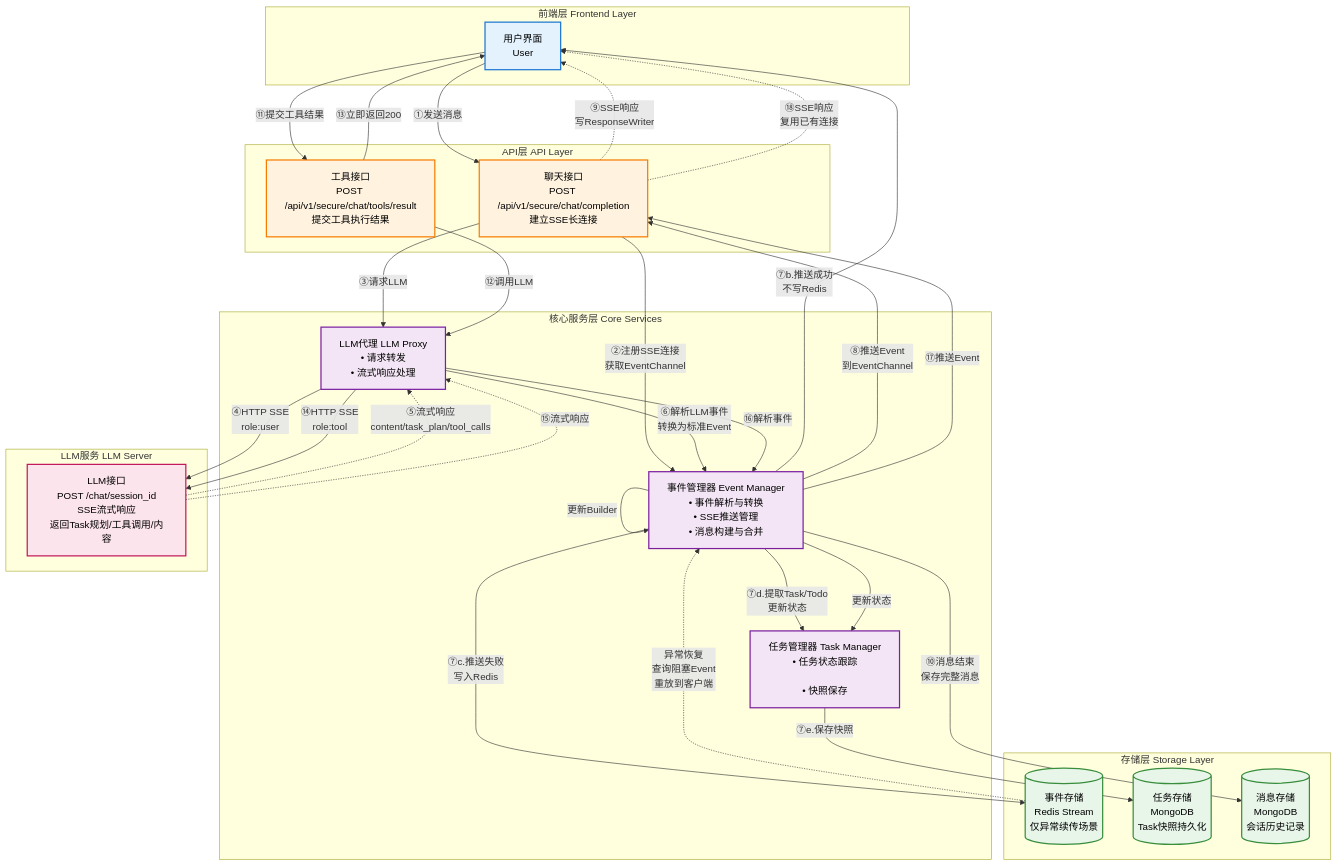
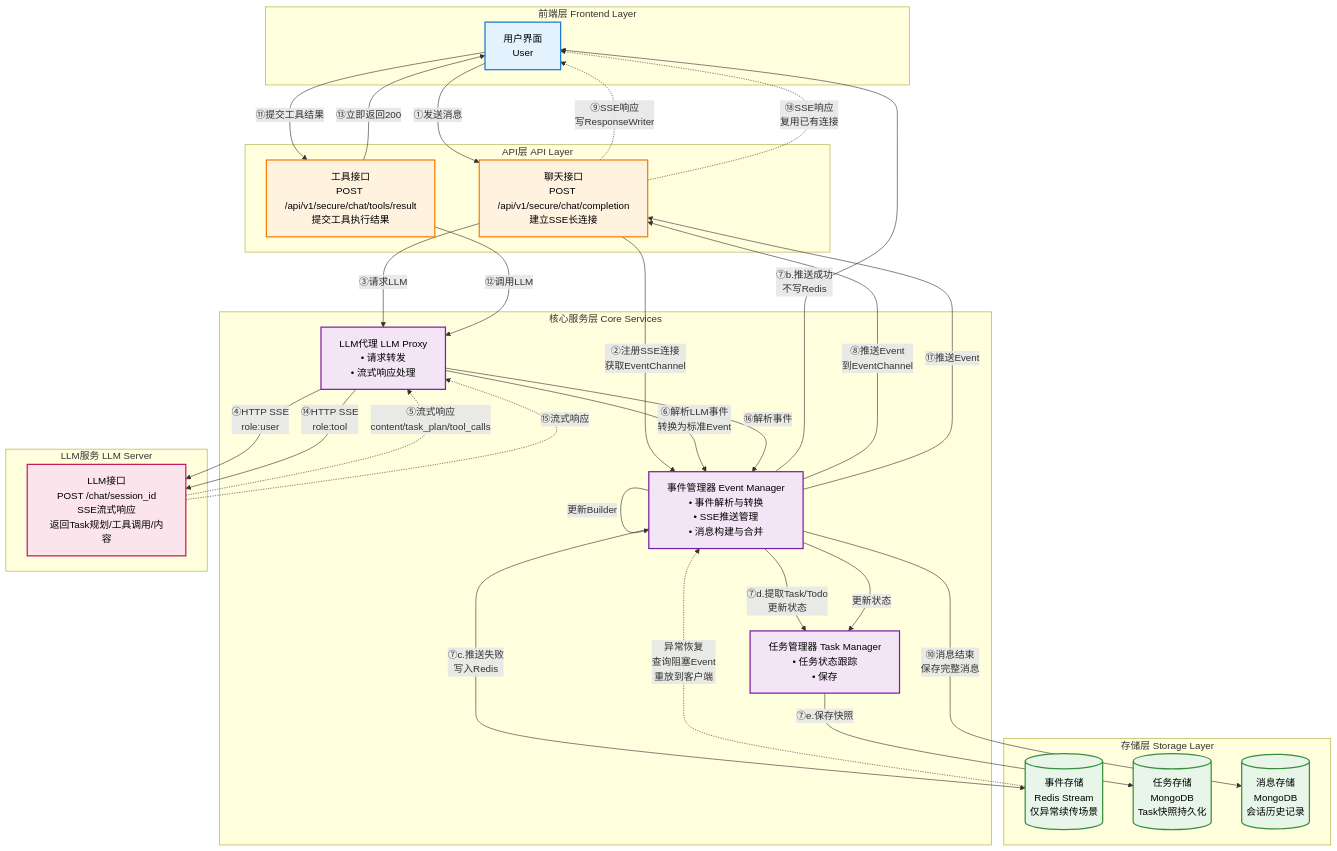
The diagram in all/未命名-10.md (yingjianzh/iodraw-files), drawn with Mermaid before and after one commit.

Commit message:
2025-12-25 14:21:25 update

````diff
--- a/all/未命名-10.md
+++ b/all/未命名-10.md
@@ -1,82 +1,82 @@
 ```mermaid
 graph TB
     %% ========== 前端层 ==========
     subgraph Frontend["前端层 Frontend Layer"]
         UI[用户界面<br/>User]
     end
     
     %% ========== API层 ==========
     subgraph APILayer["API层 API Layer"]
         ChatAPI["聊天接口<br/>POST /api/v1/secure/chat/completion<br/>建立SSE长连接"]
         ToolAPI["工具接口<br/>POST /api/v1/secure/chat/tools/result<br/>提交工具执行结果"]
     end
     
     %% ========== 核心服务层 ==========
     subgraph CoreServices["核心服务层 Core Services"]
         EventMgr["事件管理器 Event Manager<br/>• 事件解析与转换<br/>• SSE推送管理<br/>• 消息构建与合并"]
-        TaskMgr["任务管理器 Task Manager<br/>• 任务状态跟踪<br/><br/>• 快照保存"]
+        TaskMgr["任务管理器 Task Manager<br/>• 任务状态跟踪<br/>• 保存"]
         LLMProxy["LLM代理 LLM Proxy<br/>• 请求转发<br/>• 流式响应处理"]
     end
     
     %% ========== 存储层 ==========
     subgraph StorageLayer["存储层 Storage Layer"]
         EventStore[("事件存储<br/>Redis Stream<br/>仅异常续传场景")]
         TaskStore[("任务存储<br/>MongoDB<br/>Task快照持久化")]
         MessageStore[("消息存储<br/>MongoDB<br/>会话历史记录")]
     end
     
     %% ========== LLM服务 ==========
     subgraph LLMService["LLM服务 LLM Server"]
         LLMAPI["LLM接口<br/>POST /chat/session_id<br/>SSE流式响应<br/>返回Task规划/工具调用/内容"]
     end
     
     %% ========== 主流程：用户消息 ==========
     UI -->|"①发送消息"| ChatAPI
     ChatAPI -->|"②注册SSE连接<br/>获取EventChannel"| EventMgr
     ChatAPI -->|"③请求LLM"| LLMProxy
     
     LLMProxy -->|"④HTTP SSE<br/>role:user"| LLMAPI
     LLMAPI -.->|"⑤流式响应<br/>content/task_plan/tool_calls"| LLMProxy
     
     LLMProxy -->|"⑥解析LLM事件<br/>转换为标准Event"| EventMgr
     
     EventMgr -->|"⑦a.更新MessageBuilder<br/>边推送边合并"| EventMgr
     EventMgr -->|"⑦b.推送成功<br/>不写Redis"| UI
     EventMgr -->|"⑦c.推送失败<br/>写入Redis"| EventStore
     EventMgr -->|"⑦d.提取Task/Todo<br/>更新状态"| TaskMgr
     
     TaskMgr -->|"⑦e.保存快照"| TaskStore
     EventMgr -->|"⑧推送Event<br/>到EventChannel"| ChatAPI
     ChatAPI -.->|"⑨SSE响应<br/>写ResponseWriter"| UI
     EventMgr -->|"⑩消息结束<br/>保存完整消息"| MessageStore
     
     %% ========== 工具调用流程 ==========
     UI -->|"⑪提交工具结果"| ToolAPI
     ToolAPI -->|"⑫调用LLM"| LLMProxy
     ToolAPI -->|"⑬立即返回200"| UI
     
     LLMProxy -->|"⑭HTTP SSE<br/>role:tool"| LLMAPI
     LLMAPI -.->|"⑮流式响应"| LLMProxy
     
     LLMProxy -->|"⑯解析事件"| EventMgr
     EventMgr -->|"更新Builder"| EventMgr
     EventMgr -->|"更新状态"| TaskMgr
     EventMgr -->|"⑰推送Event"| ChatAPI
     ChatAPI -.->|"⑱SSE响应<br/>复用已有连接"| UI
     
     %% ========== 异常续传 ==========
     EventStore -.->|"异常恢复<br/>查询阻塞Event<br/>重放到客户端"| EventMgr
     
     %% ========== 样式定义 ==========
     classDef frontendStyle fill:#E3F2FD,stroke:#1976D2,stroke-width:2px,color:#000
     classDef apiStyle fill:#FFF3E0,stroke:#F57C00,stroke-width:2px,color:#000
     classDef serviceStyle fill:#F3E5F5,stroke:#7B1FA2,stroke-width:2px,color:#000
     classDef storageStyle fill:#E8F5E9,stroke:#388E3C,stroke-width:2px,color:#000
     classDef llmStyle fill:#FCE4EC,stroke:#C2185B,stroke-width:2px,color:#000
     
     class UI frontendStyle
     class ChatAPI,ToolAPI apiStyle
     class EventMgr,TaskMgr,LLMProxy serviceStyle
     class EventStore,TaskStore,MessageStore storageStyle
     class LLMAPI llmStyle
 ```
````
